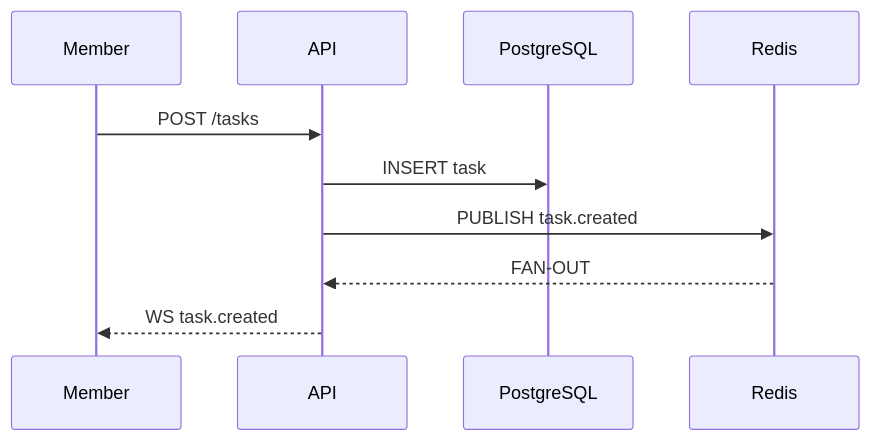
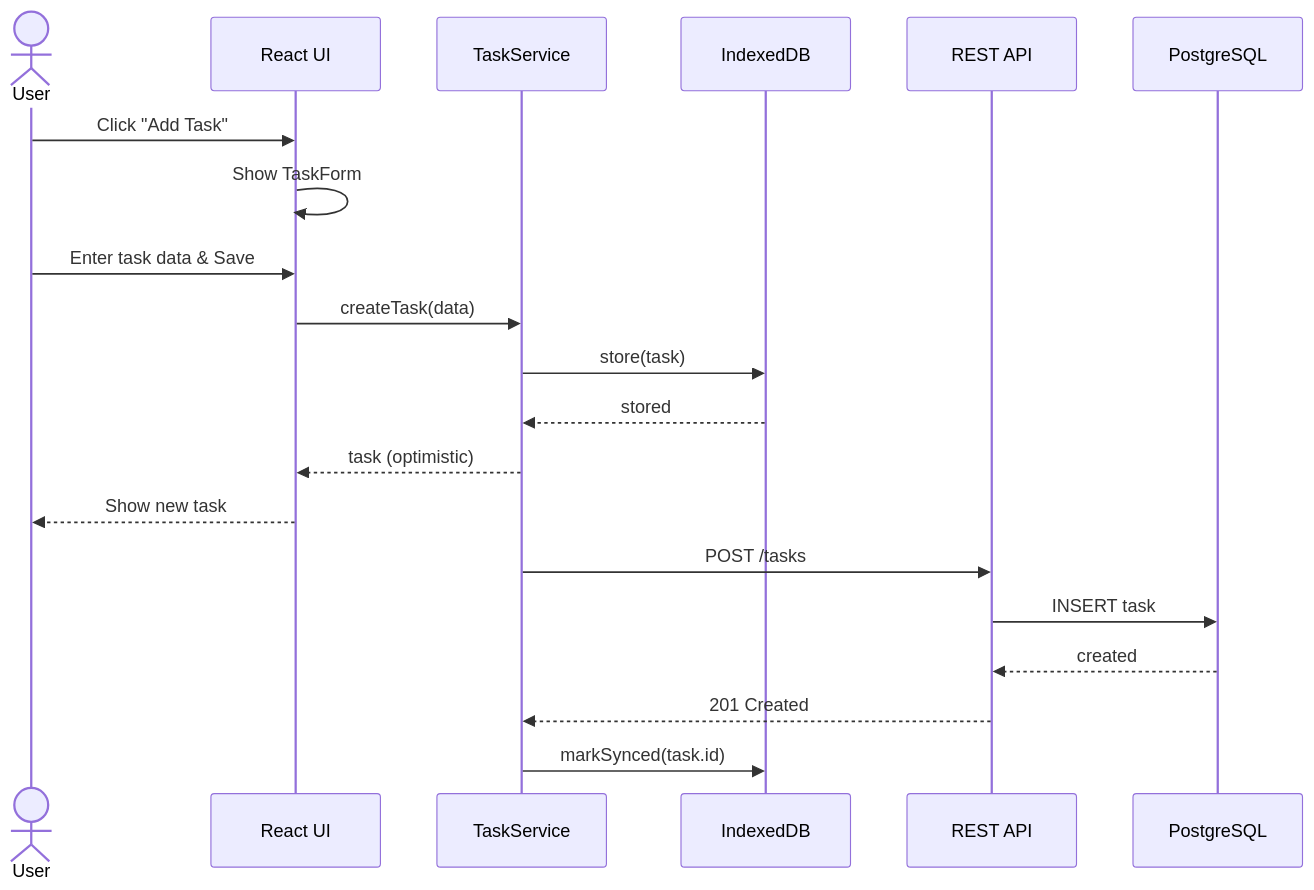
One commit to ainetx/hyperspot changed the second of 2 diagrams in .cypilot/.gen/kits/sdlc/artifacts/DESIGN/examples/example.md. Above: the diagram before and after it, drawn with Mermaid. The commit also changed other lines of this file and 63 other files, not shown here.

````diff
--- a/.cypilot/.gen/kits/sdlc/artifacts/DESIGN/examples/example.md
+++ b/.cypilot/.gen/kits/sdlc/artifacts/DESIGN/examples/example.md
@@ -123,8 +251,24 @@
 ```mermaid
 sequenceDiagram
-    Member->>API: POST /tasks
-    API->>PostgreSQL: INSERT task
-    API->>Redis: PUBLISH task.created
-    Redis-->>API: FAN-OUT
-    API-->>Member: WS task.created
+    actor User
+    participant UI as React UI
+    participant TS as TaskService
+    participant IDB as IndexedDB
+    participant API as REST API
+    participant DB as PostgreSQL
+
+    User->>UI: Click "Add Task"
+    UI->>UI: Show TaskForm
+    User->>UI: Enter task data & Save
+    UI->>TS: createTask(data)
+    TS->>IDB: store(task)
+    IDB-->>TS: stored
+    TS-->>UI: task (optimistic)
+    UI-->>User: Show new task
+
+    TS->>API: POST /tasks
+    API->>DB: INSERT task
+    DB-->>API: created
+    API-->>TS: 201 Created
+    TS->>IDB: markSynced(task.id)
 ```
````
